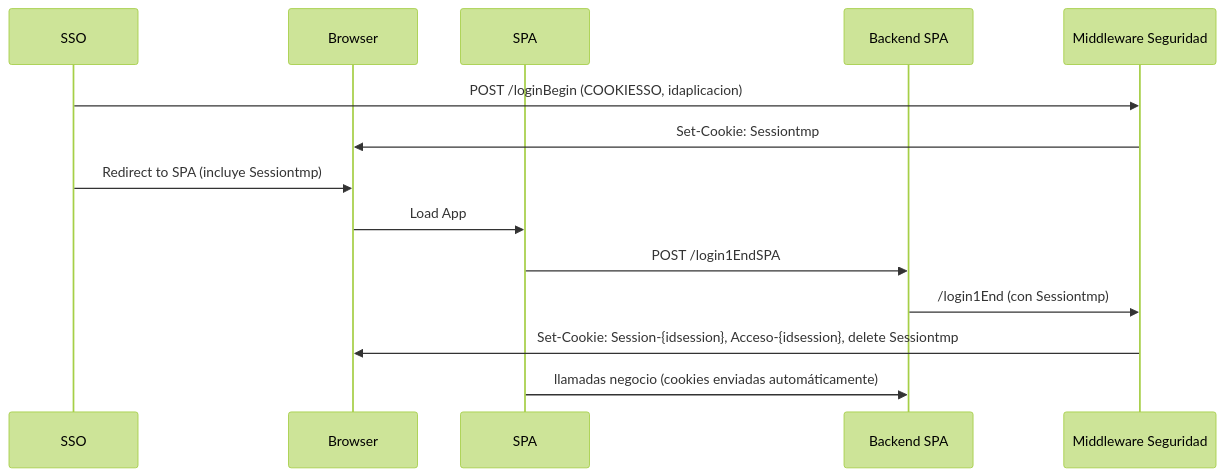
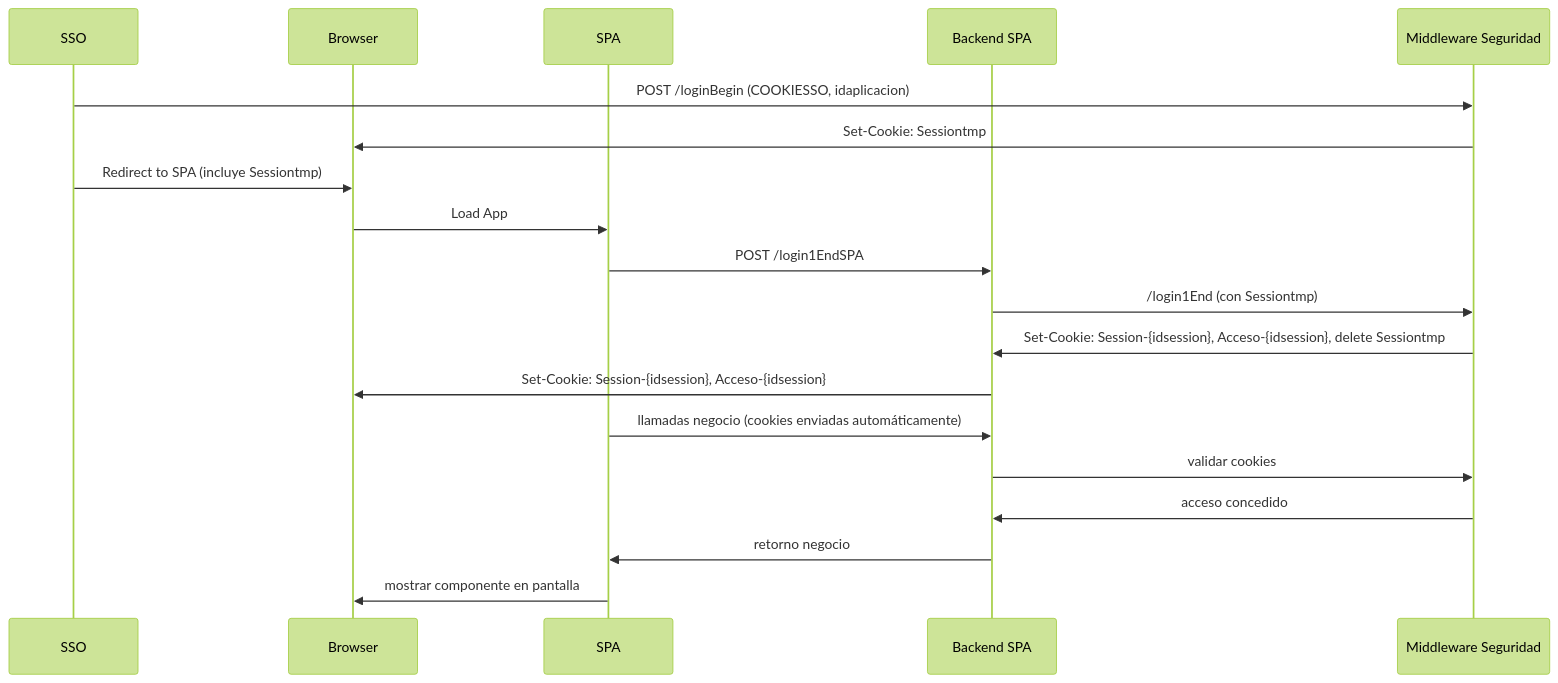
One commit to Cortadai/spring-security-poc changed the diagram in objetivo.md. Above: the diagram before and after it, drawn with Mermaid (forest theme).

````diff
--- a/objetivo.md
+++ b/objetivo.md
@@ -25,17 +25,22 @@
 ```mermaid
 sequenceDiagram
     participant SSO
     participant Browser
     participant SPA
     participant Backend SPA
     participant Middleware Seguridad
 
     SSO->>Middleware Seguridad: POST /loginBegin (COOKIESSO, idaplicacion)
     Middleware Seguridad->>Browser: Set-Cookie: Sessiontmp
     SSO->>Browser: Redirect to SPA (incluye Sessiontmp)
     Browser->>SPA: Load App
     SPA->>Backend SPA: POST /login1EndSPA
     Backend SPA->>Middleware Seguridad: /login1End (con Sessiontmp)
-    Middleware Seguridad->>Browser: Set-Cookie: Session-{idsession}, Acceso-{idsession}, delete Sessiontmp
+    Middleware Seguridad->>Backend SPA: Set-Cookie: Session-{idsession}, Acceso-{idsession}, delete Sessiontmp
+    Backend SPA->>Browser: Set-Cookie: Session-{idsession}, Acceso-{idsession}
     SPA->>Backend SPA: llamadas negocio (cookies enviadas automáticamente)
+    Backend SPA->>Middleware Seguridad: validar cookies
+    Middleware Seguridad->>Backend SPA: acceso concedido
+    Backend SPA->>SPA: retorno negocio
+    SPA->>Browser: mostrar componente en pantalla
 ```
````
